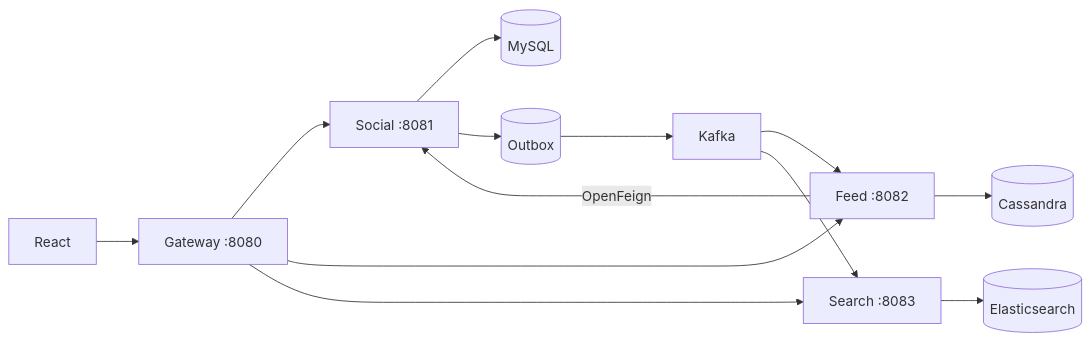
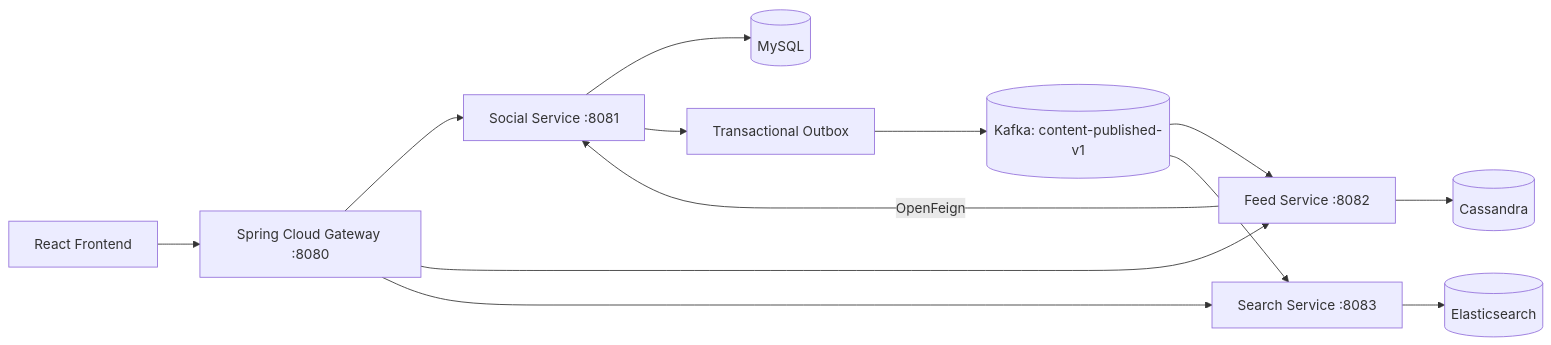
The diagram in README.md (rajat-masanagi/Social-Media), drawn with Mermaid before and after one commit. The commit also changed other lines of this file, not shown here.

````diff
--- a/README.md
+++ b/README.md
@@ -7,12 +9,15 @@
 ```mermaid
 flowchart LR
-  UI[React] --> GW[Gateway :8080]
-  GW --> S[Social :8081]
-  GW --> F[Feed :8082]
-  GW --> Q[Search :8083]
-  S --> M[(MySQL)]
-  S --> O[(Outbox)] --> K[Kafka]
-  K --> F --> C[(Cassandra)]
-  K --> Q --> E[(Elasticsearch)]
-  F -->|OpenFeign| S
+    UI[React Frontend] --> GW[Spring Cloud Gateway :8080]
+    GW --> S[Social Service :8081]
+    GW --> F[Feed Service :8082]
+    GW --> Q[Search Service :8083]
+    S --> DB[(MySQL)]
+    S --> O[Transactional Outbox]
+    O --> K[(Kafka: content-published-v1)]
+    K --> F
+    K --> Q
+    F --> C[(Cassandra)]
+    Q --> E[(Elasticsearch)]
+    F -->|OpenFeign| S
 ```
````
